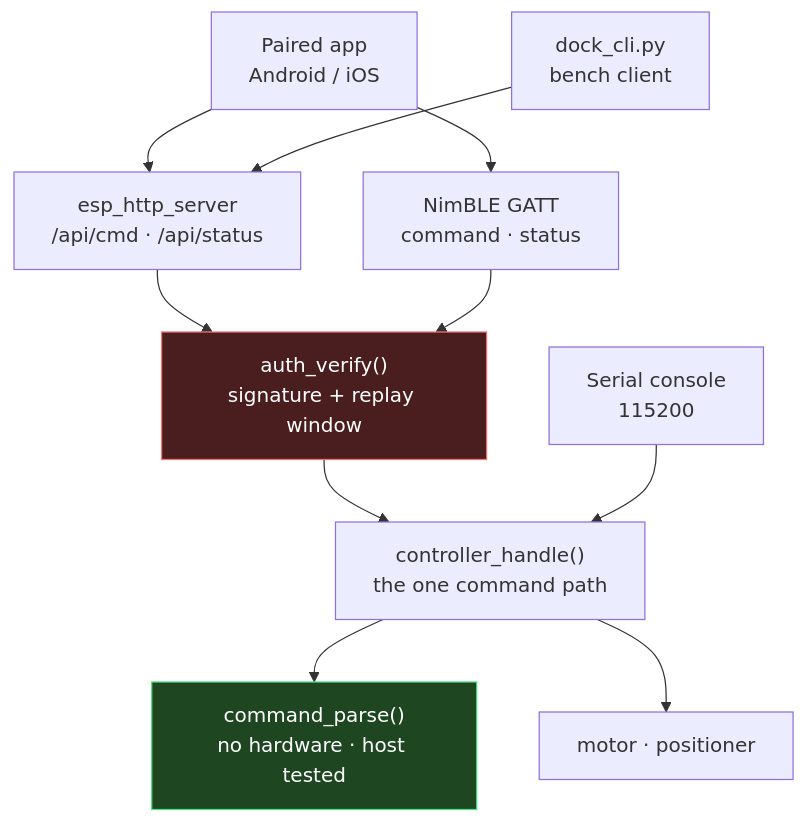
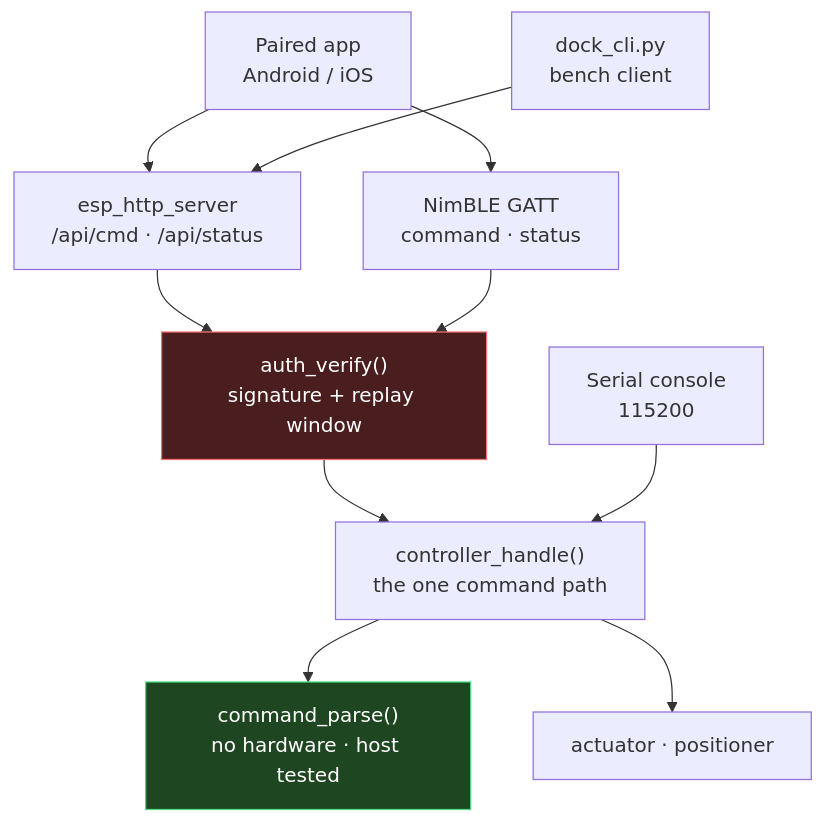
One commit to dungphan294/drone-in-a-box changed the first of 6 diagrams in docs/architecture/control-interface.md. Above: the diagram before and after it, drawn with Mermaid. The commit also changed other lines of this file and 5 other files, not shown here.

````diff
--- a/docs/architecture/control-interface.md
+++ b/docs/architecture/control-interface.md
@@ -12,28 +12,28 @@
 ```mermaid
 flowchart TD
     app["Paired app<br/>Android / iOS"]
     cli["dock_cli.py<br/>bench client"]
     ser["Serial console<br/>115200"]
 
     http["esp_http_server<br/>/api/cmd · /api/status"]
     ble["NimBLE GATT<br/>command · status"]
     gate["auth_verify()<br/>signature + replay window"]
     ctl["controller_handle()<br/>the one command path"]
     cmd["command_parse()<br/>no hardware · host tested"]
-    hw["motor · positioner"]
+    hw["actuator · positioner"]
 
     app --> http
     app --> ble
     cli --> http
     http --> gate
     ble --> gate
     gate --> ctl
     ser --> ctl
     ctl --> cmd
     ctl --> hw
 
     classDef tested fill:#1e4620,stroke:#4ade80,color:#fff
     classDef guard fill:#4a1e1e,stroke:#f87171,color:#fff
     class cmd,gate tested
     class gate guard
 ```
````
